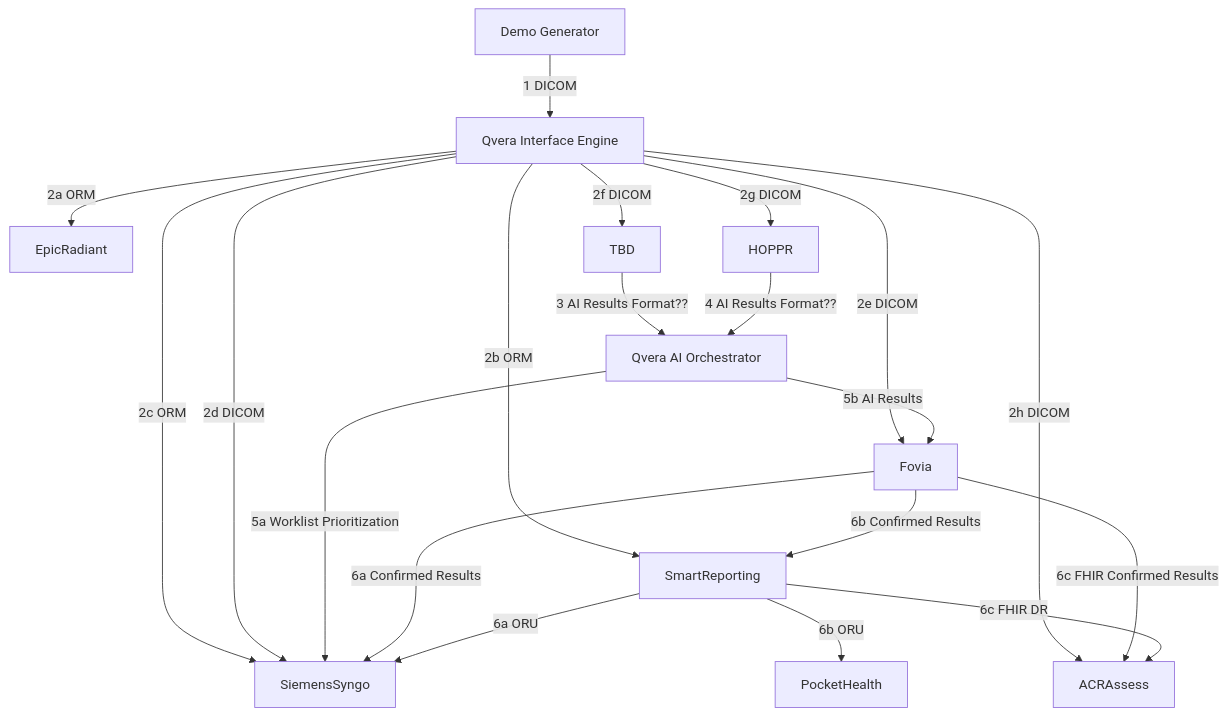
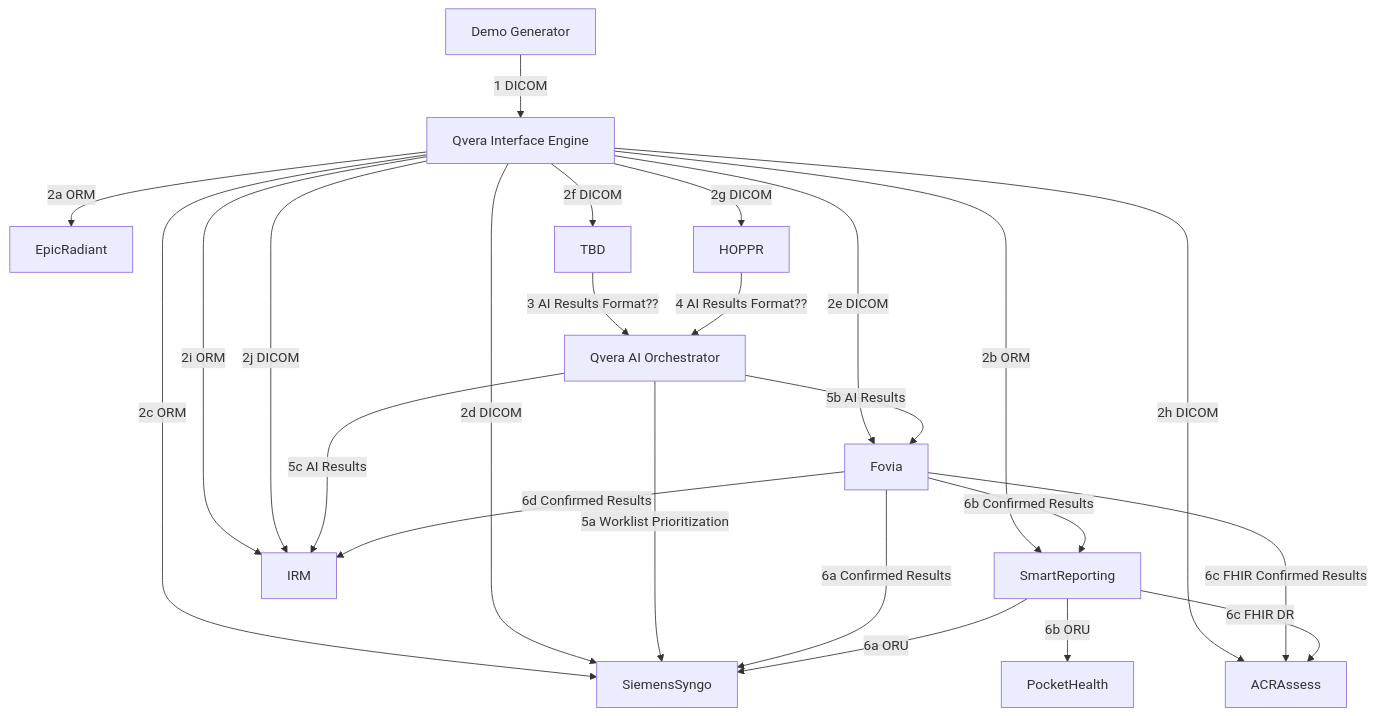
One commit to mohannadhussain/rsna-2024-rr-demo changed the diagram in curie/diagram-chest-ct.md. Above: the diagram before and after it, drawn with Mermaid.

````diff
--- a/curie/diagram-chest-ct.md
+++ b/curie/diagram-chest-ct.md
@@ -4,28 +4,32 @@
 ```mermaid
 flowchart TD
     Generator[Demo Generator] --> |1 DICOM| QveraIE[Qvera Interface Engine]
 
     QveraIE --> |2a ORM| EpicRadiant
     QveraIE --> |2b ORM| SmartReporting
     QveraIE --> |2c ORM| SiemensSyngo
     QveraIE --> |2d DICOM| SiemensSyngo
     QveraIE --> |2e DICOM| Fovia
     QveraIE --> |2f DICOM| TBD
     QveraIE --> |2g DICOM| HOPPR
     QveraIE --> |2h DICOM| ACRAssess
+    QveraIE --> |2i ORM| IRM
+    QveraIE --> |2j DICOM| IRM
     
     TBD --> |3 AI Results Format??| QveraAIO[Qvera AI Orchestrator]
-
+    
     HOPPR --> |4 AI Results Format??| QveraAIO
-
+    
     QveraAIO --> |5a Worklist Prioritization| SiemensSyngo
     QveraAIO --> |5b AI Results| Fovia
+    QveraAIO --> |5c AI Results| IRM
 
     Fovia --> |6a Confirmed Results| SiemensSyngo
     Fovia --> |6b Confirmed Results| SmartReporting
     Fovia --> |6c FHIR Confirmed Results| ACRAssess
+    Fovia --> |6d Confirmed Results| IRM
 
     SmartReporting --> |6a ORU| SiemensSyngo
     SmartReporting --> |6b ORU| PocketHealth
     SmartReporting --> |6c FHIR DR| ACRAssess
 ```
````
